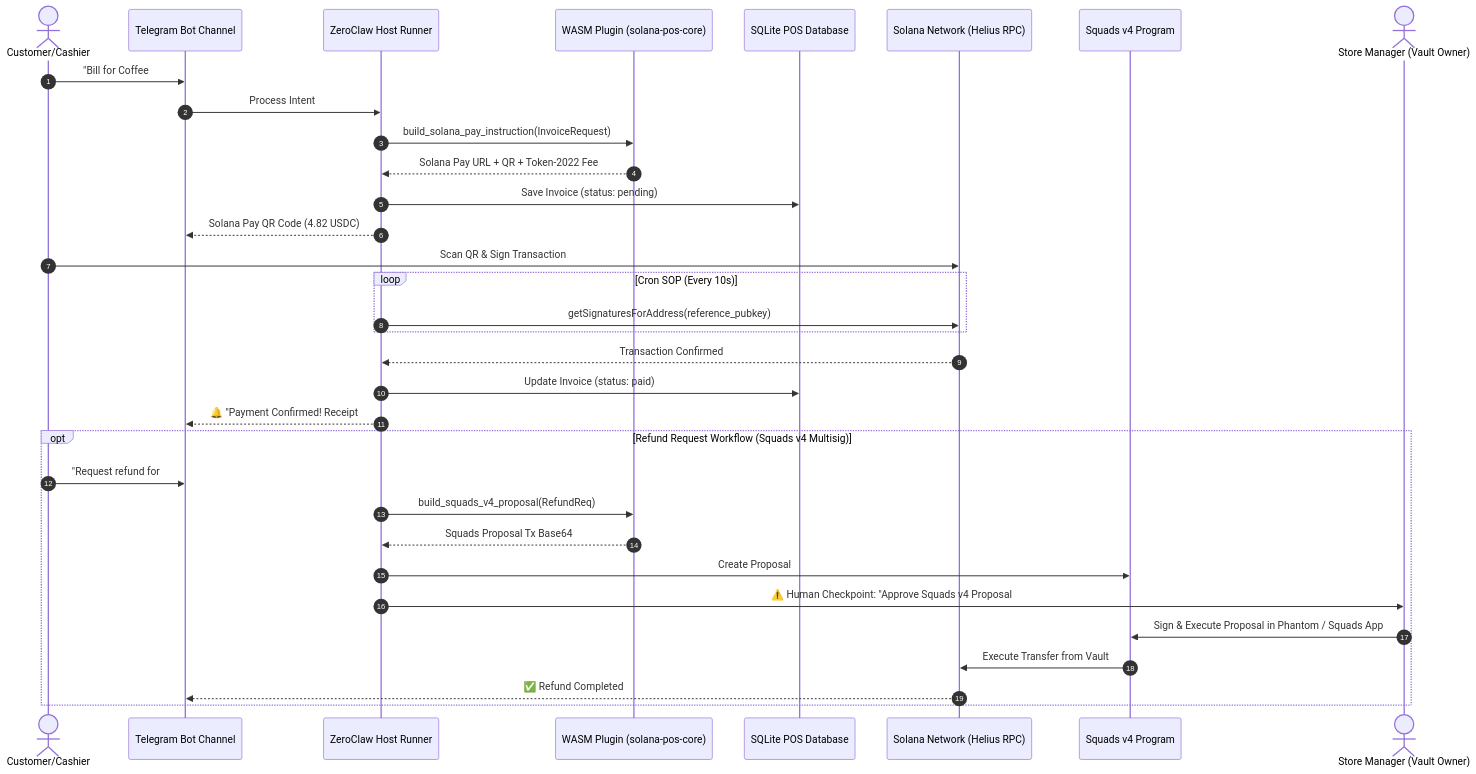
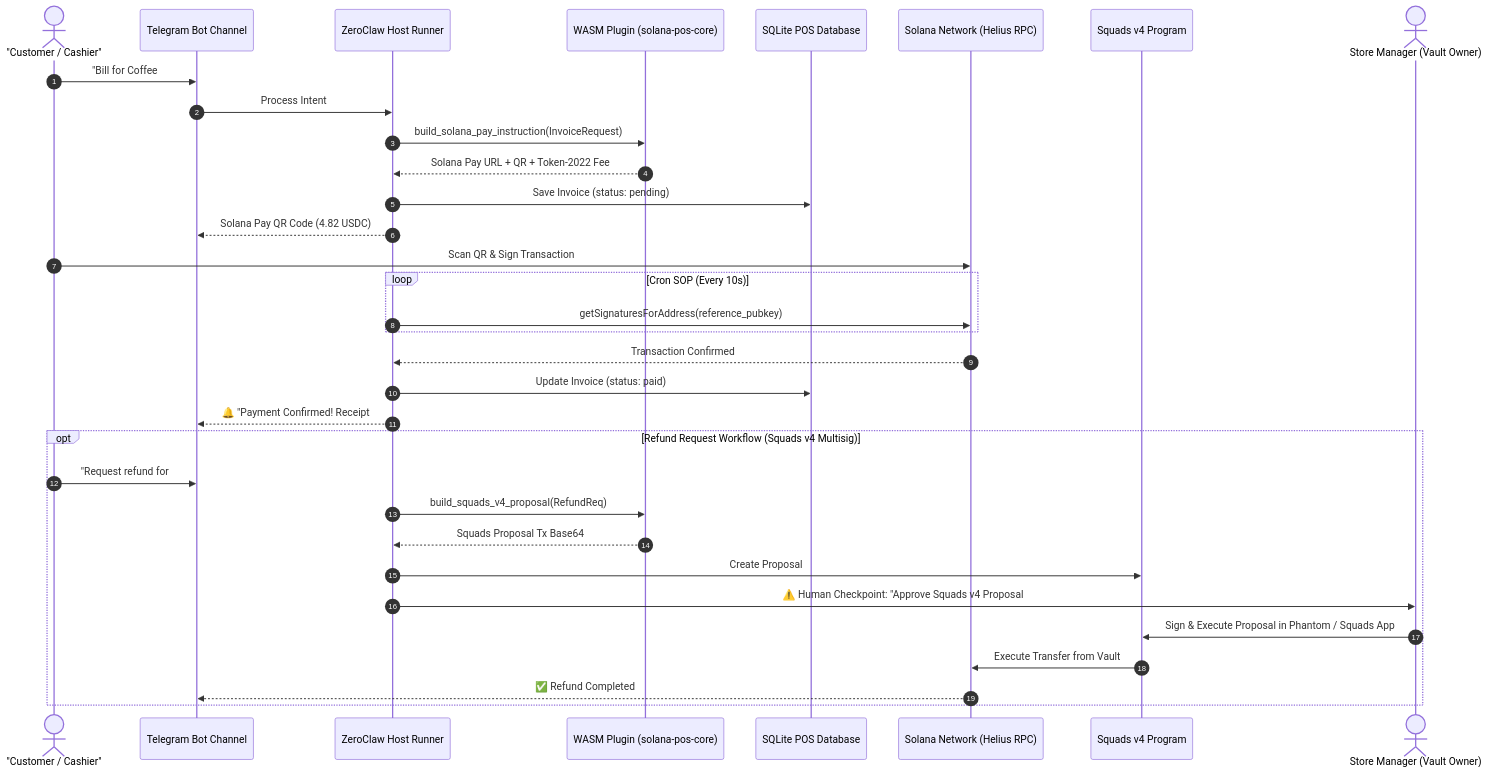
The diagram in README.md (Broadwayman3/native_plugin_for_zeroclaw), drawn with Mermaid before and after one commit. The commit also changed other lines of this file and 13 other files, not shown here.

````diff
--- a/README.md
+++ b/README.md
@@ -16,38 +16,38 @@
 ```mermaid
 sequenceDiagram
     autonumber
-    actor Customer/Cashier
+    actor Customer as "Customer / Cashier"
     participant Telegram as Telegram Bot Channel
     participant Host as ZeroClaw Host Runner
     participant WASM as WASM Plugin (solana-pos-core)
     participant DB as SQLite POS Database
     participant Solana as Solana Network (Helius RPC)
     participant Squads as Squads v4 Program
     actor Manager as Store Manager (Vault Owner)
 
-    Customer/Cashier->>Telegram: "Bill for Coffee #102, 200 UAH"
+    Customer->>Telegram: "Bill for Coffee #102, 200 UAH"
     Telegram->>Host: Process Intent
     Host->>WASM: build_solana_pay_instruction(InvoiceRequest)
     WASM-->>Host: Solana Pay URL + QR + Token-2022 Fee
     Host->>DB: Save Invoice (status: pending)
     Host-->>Telegram: Solana Pay QR Code (4.82 USDC)
-    Customer/Cashier->>Solana: Scan QR & Sign Transaction
+    Customer->>Solana: Scan QR & Sign Transaction
     
     loop Cron SOP (Every 10s)
         Host->>Solana: getSignaturesForAddress(reference_pubkey)
     end
     Solana-->>Host: Transaction Confirmed
     Host->>DB: Update Invoice (status: paid)
     Host-->>Telegram: 🔔 "Payment Confirmed! Receipt #102 issued."
     
     opt Refund Request Workflow (Squads v4 Multisig)
-        Customer/Cashier->>Telegram: "Request refund for #102"
+        Customer->>Telegram: "Request refund for #102"
         Host->>WASM: build_squads_v4_proposal(RefundReq)
         WASM-->>Host: Squads Proposal Tx Base64
         Host->>Squads: Create Proposal #42
         Host->>Manager: ⚠️ Human Checkpoint: "Approve Squads v4 Proposal #42?"
         Manager->>Squads: Sign & Execute Proposal in Phantom / Squads App
         Squads->>Solana: Execute Transfer from Vault
         Solana-->>Telegram: ✅ Refund Completed
     end
 ```
````
